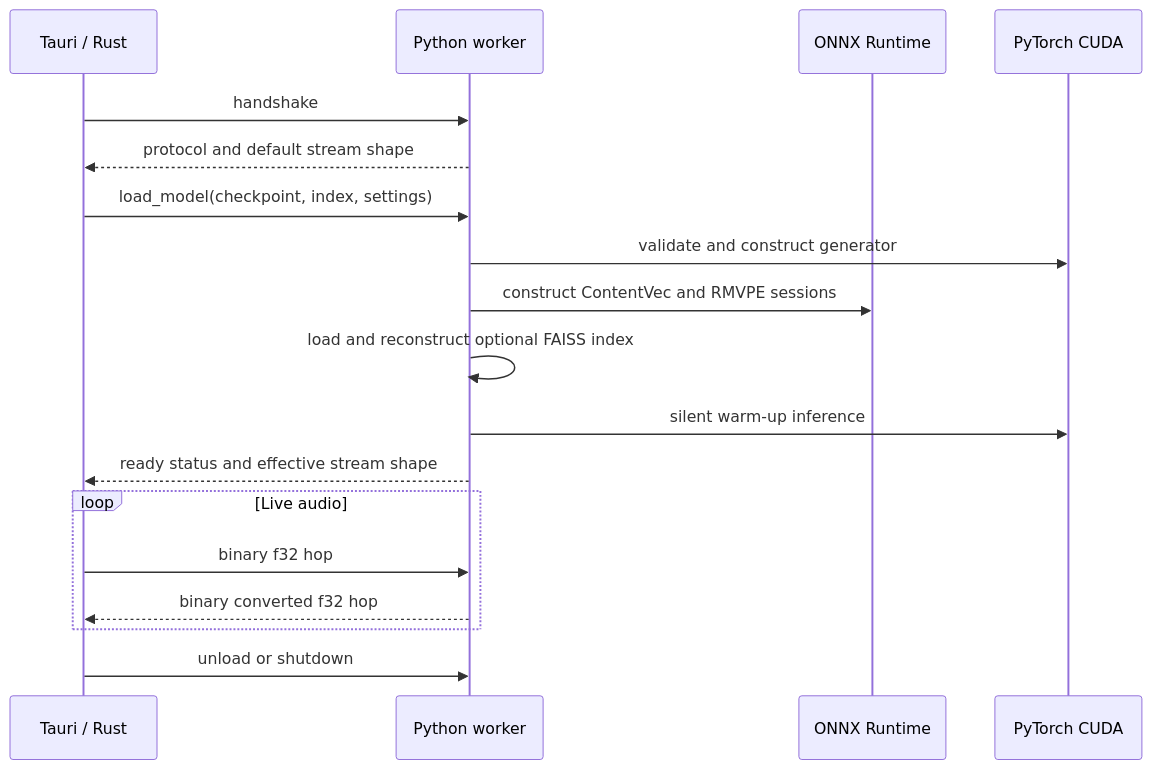
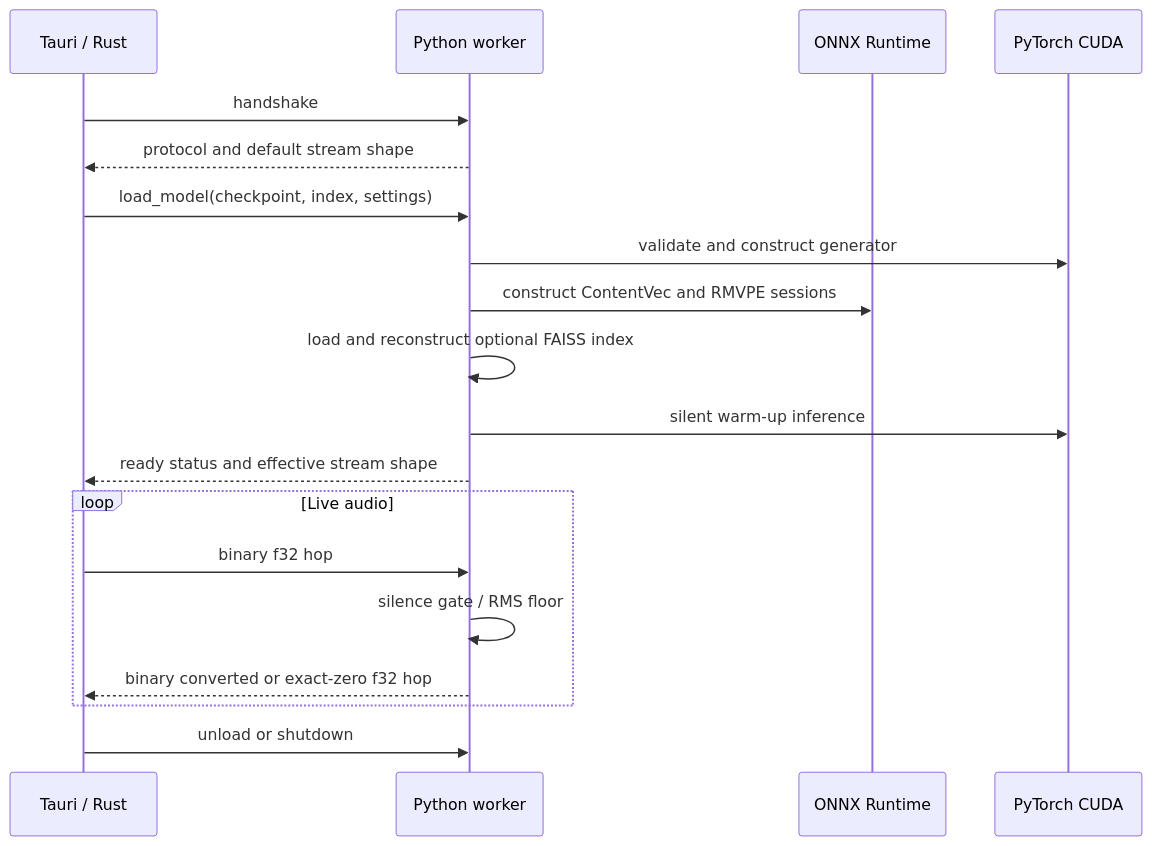
The diagram in docs/python-sidecar.md (itzcaesar/VC-Next), drawn with Mermaid before and after one commit. The commit also changed other lines of this file and 9 other files, not shown here.

````diff
--- a/docs/python-sidecar.md
+++ b/docs/python-sidecar.md
@@ -170,21 +215,22 @@
 ```mermaid
 sequenceDiagram
     participant Rust as Tauri / Rust
     participant Worker as Python worker
     participant ORT as ONNX Runtime
     participant Torch as PyTorch CUDA
 
     Rust->>Worker: handshake
     Worker-->>Rust: protocol and default stream shape
     Rust->>Worker: load_model(checkpoint, index, settings)
     Worker->>Torch: validate and construct generator
     Worker->>ORT: construct ContentVec and RMVPE sessions
     Worker->>Worker: load and reconstruct optional FAISS index
     Worker->>Torch: silent warm-up inference
     Worker-->>Rust: ready status and effective stream shape
     loop Live audio
         Rust->>Worker: binary f32 hop
-        Worker-->>Rust: binary converted f32 hop
+        Worker->>Worker: silence gate / RMS floor
+        Worker-->>Rust: binary converted or exact-zero f32 hop
     end
     Rust->>Worker: unload or shutdown
 ```
````
